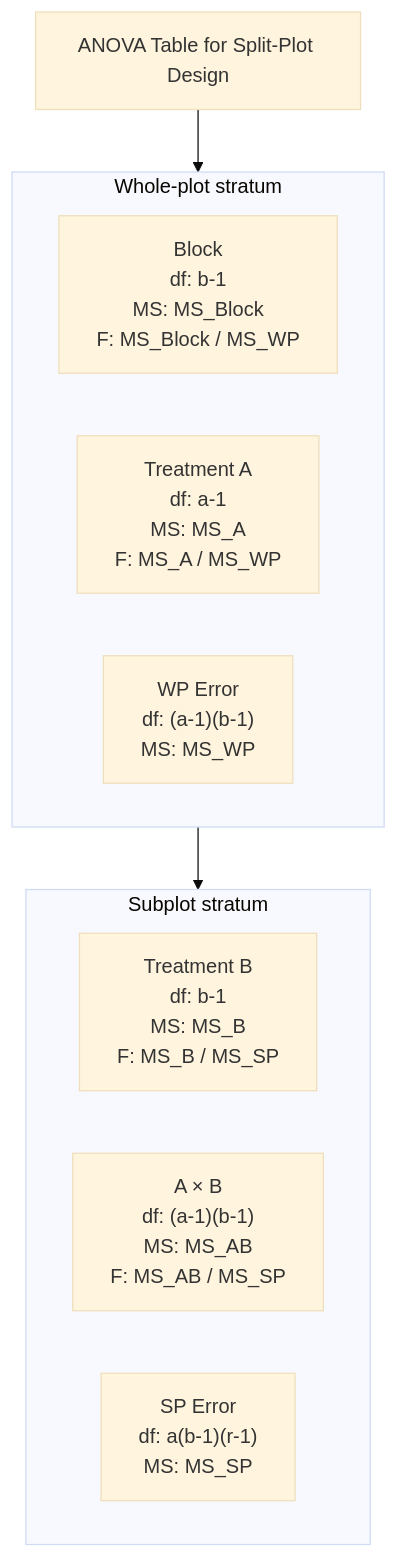
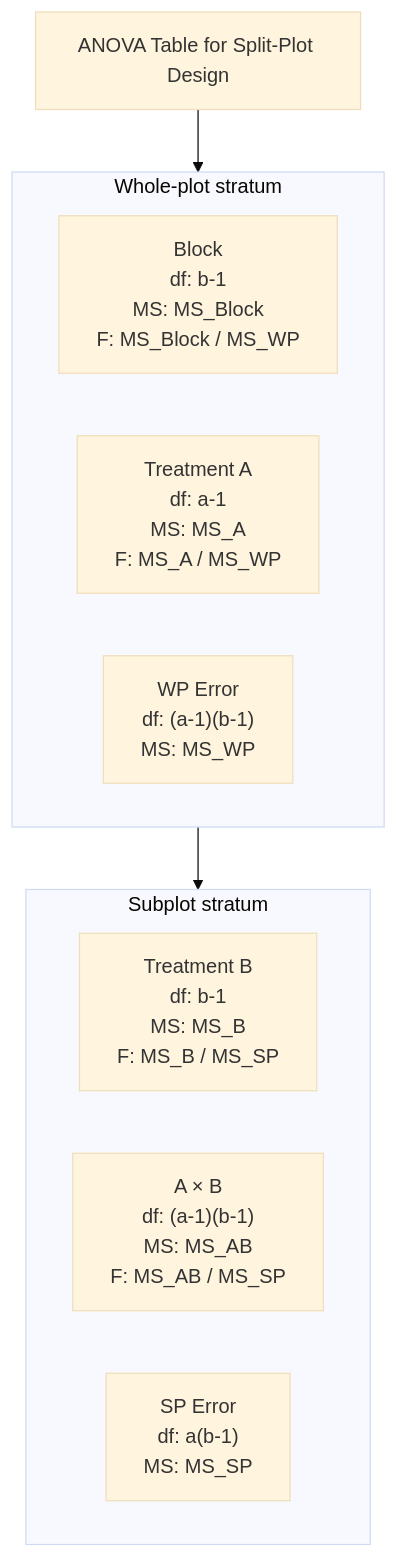
Before and after one commit to blebleblee/synapse: the diagram in topics/formal_sciences/applied_math/statistics/lesson_04_experimental_design_causality.md, drawn with Mermaid (base theme). The commit also changed other lines of this file and 138 other files, not shown here.

````diff
--- a/topics/formal_sciences/applied_math/statistics/lesson_04_experimental_design_causality.md
+++ b/topics/formal_sciences/applied_math/statistics/lesson_04_experimental_design_causality.md
@@ -157,19 +157,19 @@
 ```mermaid
 flowchart TD
     title["ANOVA Table for Split-Plot Design"]
     
     subgraph whole["Whole-plot stratum"]
         block["Block<br/>df: b-1<br/>MS: MS_Block<br/>F: MS_Block / MS_WP"]
         treatA["Treatment A<br/>df: a-1<br/>MS: MS_A<br/>F: MS_A / MS_WP"]
         wpError["WP Error<br/>df: (a-1)(b-1)<br/>MS: MS_WP"]
     end
     
     subgraph subplot["Subplot stratum"]
         treatB["Treatment B<br/>df: b-1<br/>MS: MS_B<br/>F: MS_B / MS_SP"]
         axb["A × B<br/>df: (a-1)(b-1)<br/>MS: MS_AB<br/>F: MS_AB / MS_SP"]
-        spError["SP Error<br/>df: a(b-1)(r-1)<br/>MS: MS_SP"]
+        spError["SP Error<br/>df: a(b-1)<br/>MS: MS_SP"]
     end
     
     title --> whole
     whole --> subplot
 ```
````
